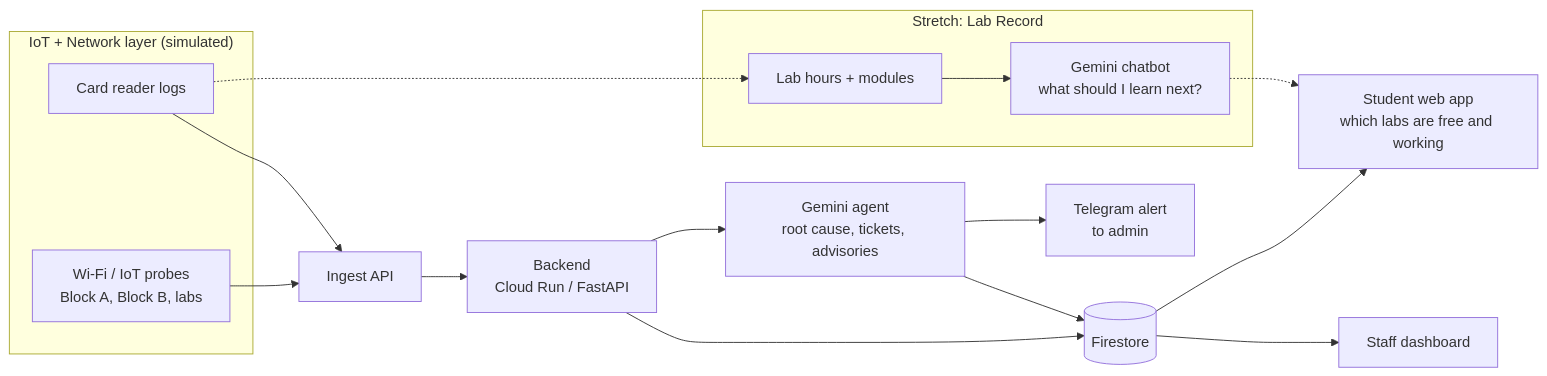
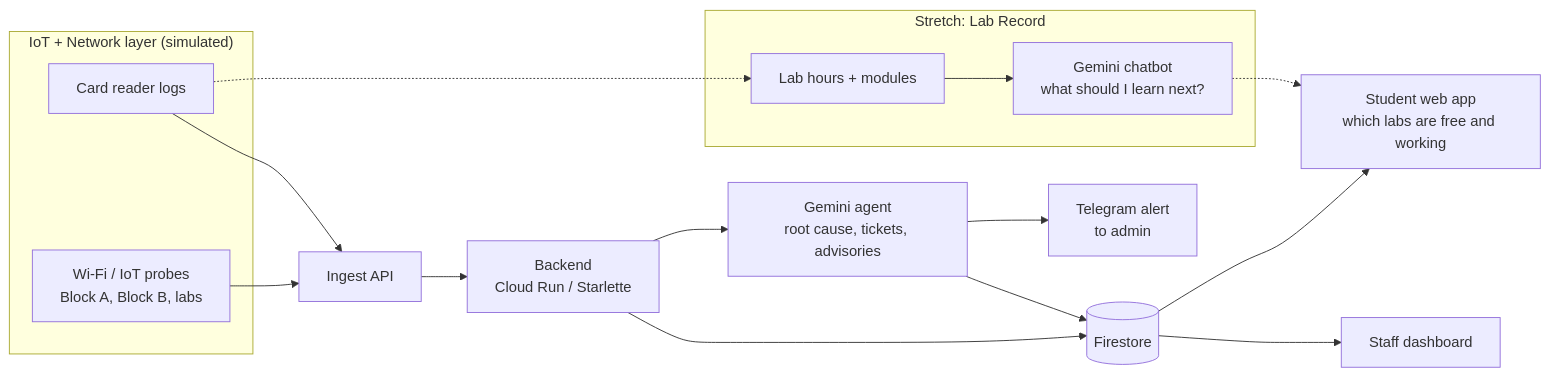
The diagram in README.md (koguuu/apu-cloud-innovation-hackathon-2026-zer0-track-cloud), drawn with Mermaid before and after one commit. The commit also changed other lines of this file and 28 other files, not shown here.

First line of the commit message:
Add backend: ingest API, detection, tickets, advisories, security

````diff
--- a/README.md
+++ b/README.md
@@ -41,21 +41,21 @@
 ```mermaid
 flowchart LR
   subgraph SIM["IoT + Network layer (simulated)"]
     P[Wi-Fi / IoT probes<br/>Block A, Block B, labs]
     C[Card reader logs]
   end
   P --> I[Ingest API]
   C --> I
-  I --> B[Backend<br/>Cloud Run / FastAPI]
+  I --> B[Backend<br/>Cloud Run / Starlette]
   B --> DB[(Firestore)]
   B --> G[Gemini agent<br/>root cause, tickets, advisories]
   G --> DB
   G --> TG[Telegram alert<br/>to admin]
   DB --> S[Student web app<br/>which labs are free and working]
   DB --> T[Staff dashboard]
   subgraph STRETCH["Stretch: Lab Record"]
     L[Lab hours + modules] --> CB[Gemini chatbot<br/>what should I learn next?]
   end
   C -.-> L
   CB -.-> S
 ```
````
